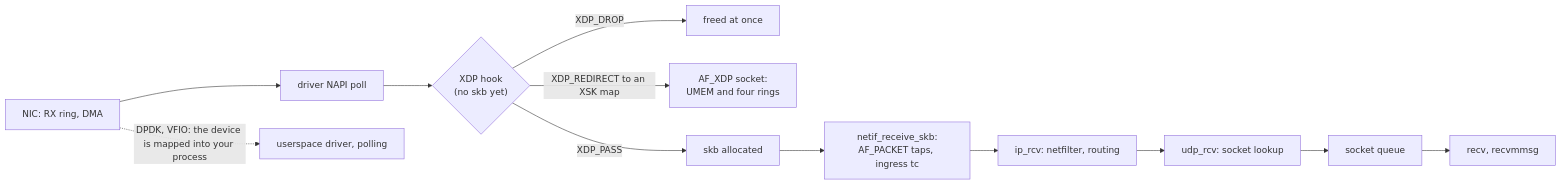
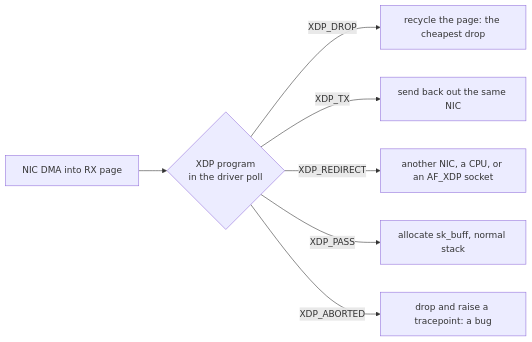
The third of 4 diagrams in 07_networking/07_zero_copy_networking.md (Princeahrwar/Study), drawn with Mermaid before and after one commit. The commit also changed other lines of this file, not shown here.

````diff
--- a/07_networking/07_zero_copy_networking.md
+++ b/07_networking/07_zero_copy_networking.md
@@ -96,14 +160,9 @@
 ```mermaid
 flowchart LR
-  NIC["NIC: RX ring, DMA"] --> DRV["driver NAPI poll"]
-  DRV --> XDP{"XDP hook<br/>(no skb yet)"}
-  XDP -->|XDP_DROP| FREE["freed at once"]
-  XDP -->|XDP_REDIRECT to an XSK map| AFXDP["AF_XDP socket:<br/>UMEM and four rings"]
-  XDP -->|XDP_PASS| SKB["skb allocated"]
-  SKB --> TAP["netif_receive_skb:<br/>AF_PACKET taps, ingress tc"]
-  TAP --> IP["ip_rcv: netfilter, routing"]
-  IP --> UDP["udp_rcv: socket lookup"]
-  UDP --> SOCK["socket queue"]
-  SOCK --> RECV["recv, recvmmsg"]
-  NIC -. "DPDK, VFIO: the device is mapped into your process" .-> DPDK["userspace driver, polling"]
+  NIC["NIC DMA into RX page"] --> X{"XDP program\nin the driver poll"}
+  X -->|XDP_DROP| D["recycle the page: the cheapest drop"]
+  X -->|XDP_TX| T["send back out the same NIC"]
+  X -->|XDP_REDIRECT| R["another NIC, a CPU, or an AF_XDP socket"]
+  X -->|XDP_PASS| S["allocate sk_buff, normal stack"]
+  X -->|XDP_ABORTED| A["drop and raise a tracepoint: a bug"]
 ```
````
